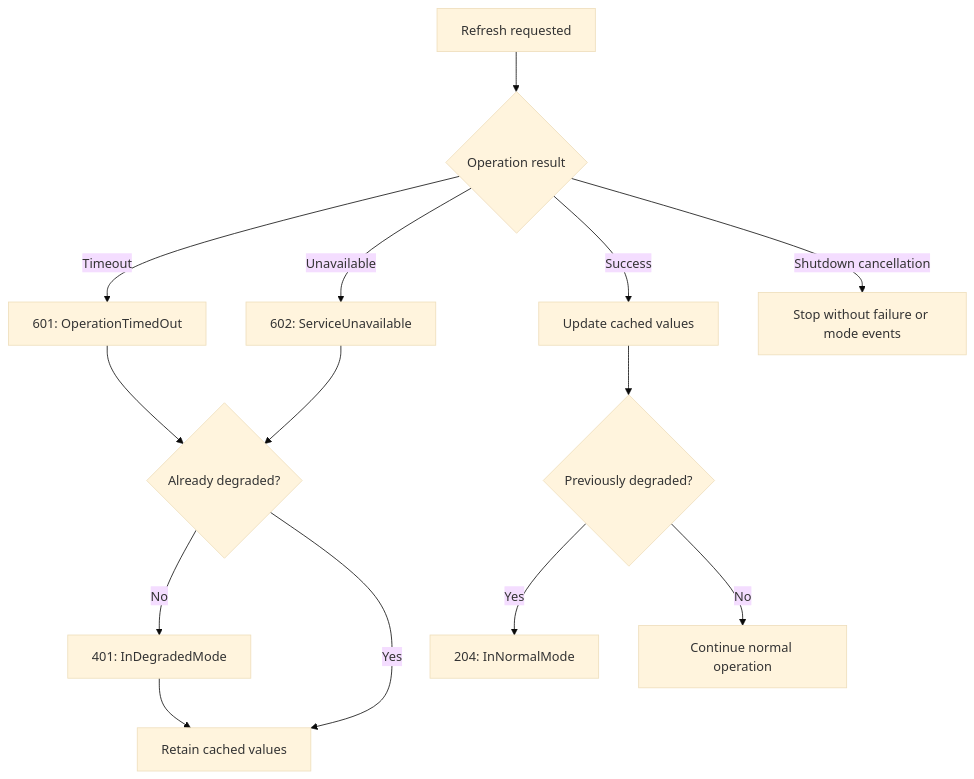
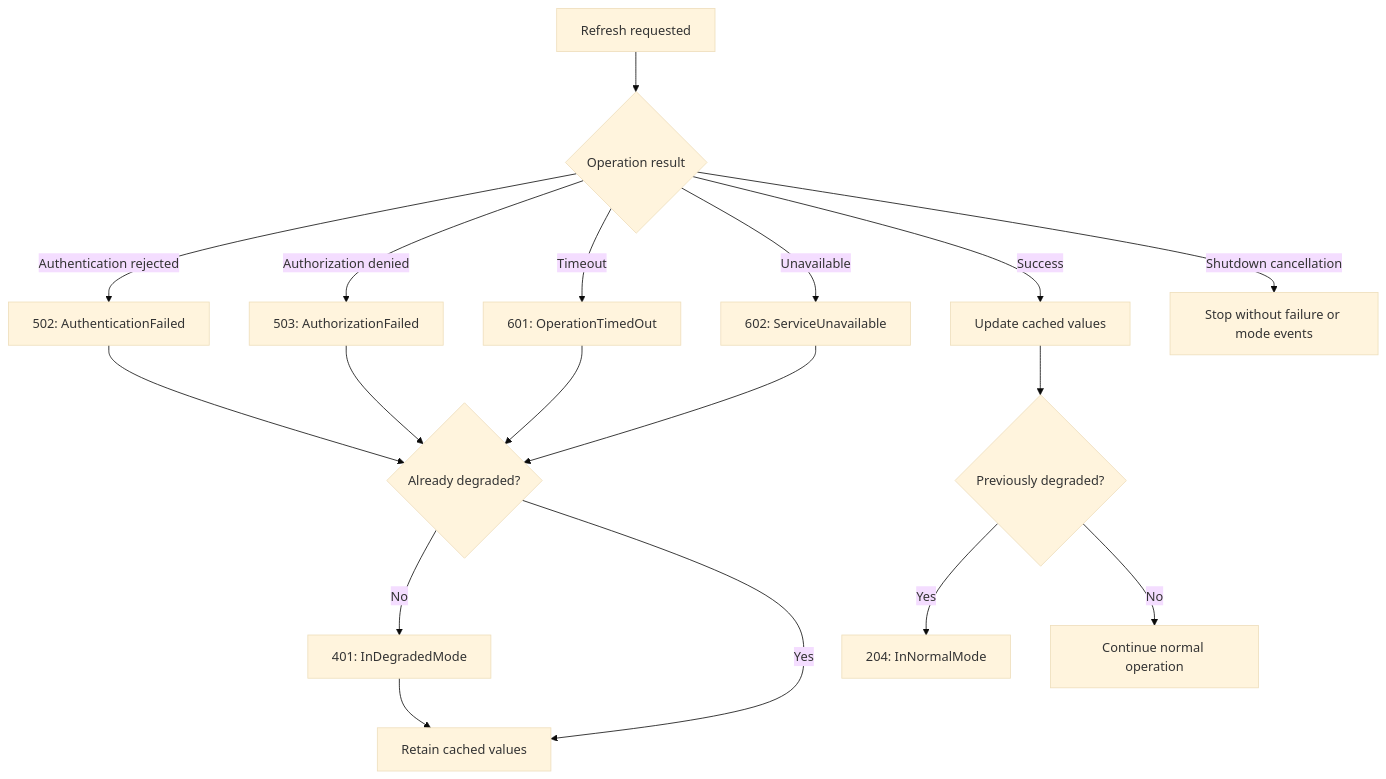
Before and after one commit to patware/Patware.Diagnostics: the diagram in docs/architecture/EXTERNAL-OPERATIONS.md, drawn with Mermaid (base theme). The commit also changed other lines of this file and 14 other files, not shown here.

Commit message:
feat: add external authentication and authorization failure events

````diff
--- a/docs/architecture/EXTERNAL-OPERATIONS.md
+++ b/docs/architecture/EXTERNAL-OPERATIONS.md
@@ -46,16 +65,20 @@
 ```mermaid
 flowchart TD
     A[Refresh requested] --> B{Operation result}
-    B -->|Timeout| C[601: OperationTimedOut]
+    B -->|Authentication rejected| N[502: AuthenticationFailed]
+    B -->|Authorization denied| Z[503: AuthorizationFailed]
+    B -->|Timeout| T[601: OperationTimedOut]
     B -->|Unavailable| U[602: ServiceUnavailable]
-    C --> D{Already degraded?}
+    N --> D{Already degraded?}
+    Z --> D
+    T --> D
     U --> D
     D -->|No| E[401: InDegradedMode]
     D -->|Yes| F[Retain cached values]
     E --> F
     B -->|Success| G[Update cached values]
     G --> H{Previously degraded?}
     H -->|Yes| I[204: InNormalMode]
     H -->|No| J[Continue normal operation]
     B -->|Shutdown cancellation| K[Stop without failure or mode events]
 ```
````
